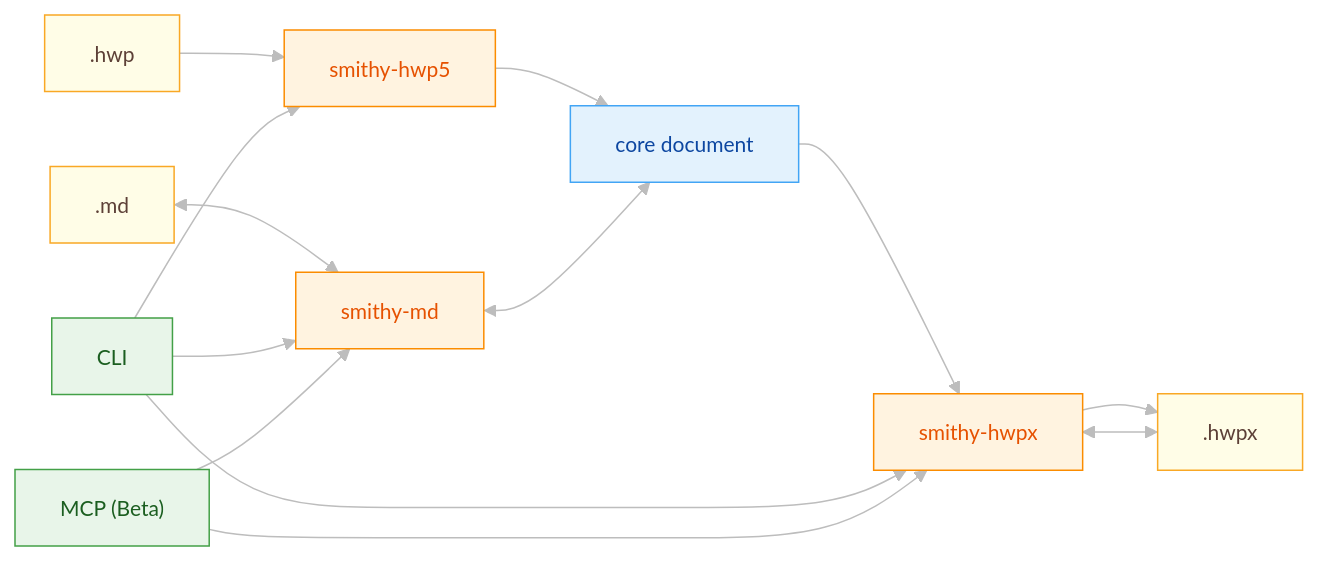
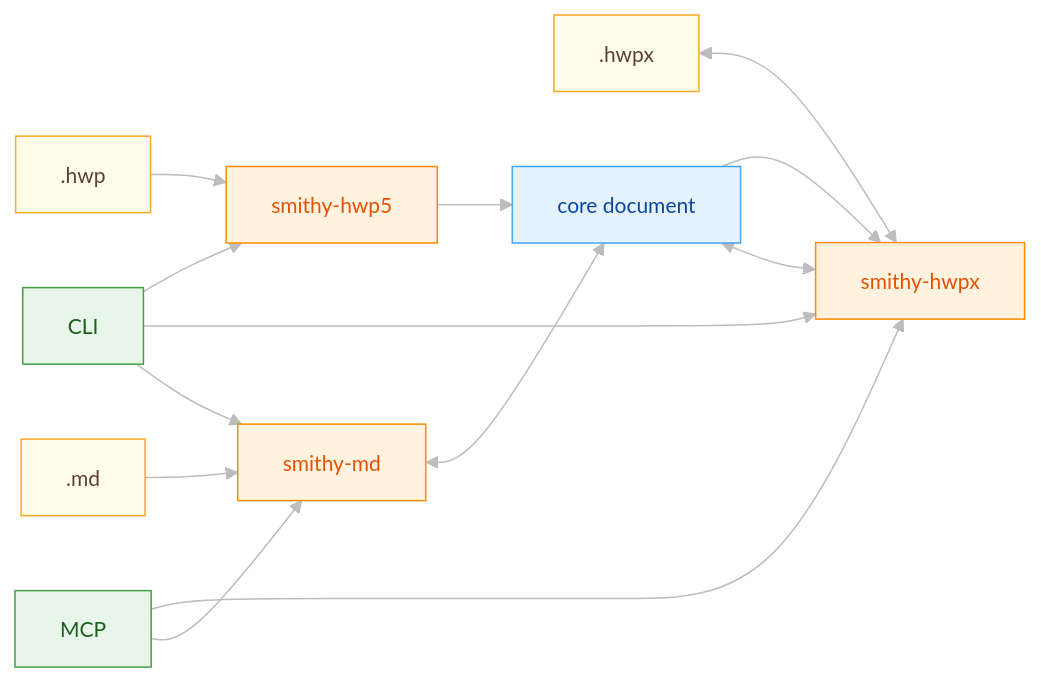
The second of 2 diagrams in README.md (ai-screams/HwpForge), drawn with Mermaid before and after one commit. The commit also changed other lines of this file and 11 other files, not shown here.

````diff
--- a/README.md
+++ b/README.md
@@ -432,24 +431,23 @@
 ```mermaid
 %%{init: {'theme': 'base', 'themeVariables': {'fontSize': '14px', 'lineColor': '#BDBDBD'}}}%%
 flowchart LR
     HWP5[".hwp"]:::file --> SH5["smithy-hwp5"]:::smithy
+    MD[".md"]:::file --> SMD["smithy-md"]:::smithy
+    HWPX[".hwpx"]:::file <--> SHX["smithy-hwpx"]:::smithy
+
     SH5 --> CORE["core document"]:::core
-    CORE --> SHX["smithy-hwpx"]:::smithy
-    SHX --> HWPX[".hwpx"]:::file
-
-    HWPX <--> SHX
-    MD[".md"]:::file <--> SMD["smithy-md"]:::smithy
+    SHX <--> CORE
     SMD <--> CORE
+    CORE --> SHX
 
     CLI["CLI"]:::binding --> SH5
     CLI --> SHX
     CLI --> SMD
-
-    MCP["MCP (Beta)"]:::binding --> SHX
+    MCP["MCP"]:::binding --> SHX
     MCP --> SMD
 
     classDef file fill:#FFFDE7,stroke:#F9A825,color:#5D4037
     classDef smithy fill:#FFF3E0,stroke:#FB8C00,color:#E65100
     classDef core fill:#E3F2FD,stroke:#42A5F5,color:#0D47A1
     classDef binding fill:#E8F5E9,stroke:#43A047,color:#1B5E20
 ```
````
